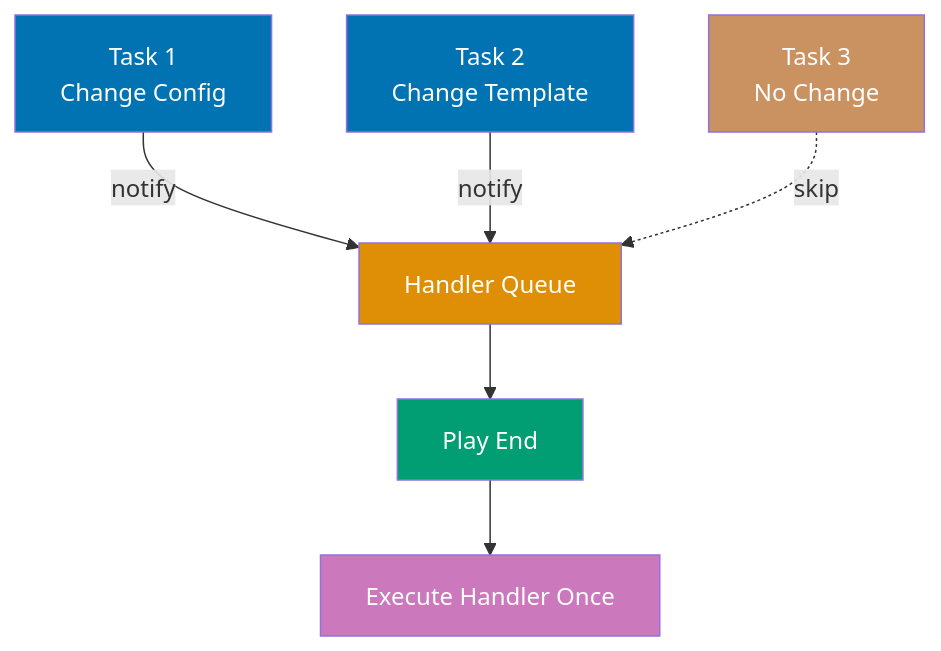
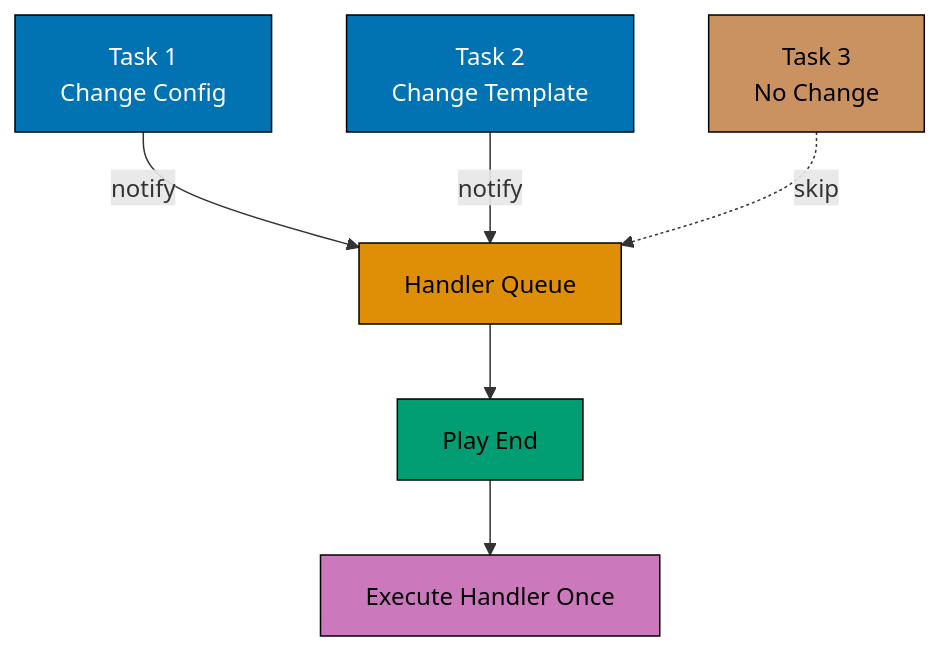
Before and after one commit to wahidyankf/ose-public: the fifth of 11 diagrams in apps/ayokoding-www/content/en/learn/legacy/software-engineering/infrastructure/tools/ansible/by-example/intermediate.md, drawn with Mermaid. The commit also changed other lines of this file and 131 other files, not shown here.

First line of the commit message:
fix(mermaid): bring the legacy data, infrastructure, and testing diagrams onto the accessible palette

````diff
--- a/apps/ayokoding-www/content/en/learn/legacy/software-engineering/infrastructure/tools/ansible/by-example/intermediate.md
+++ b/apps/ayokoding-www/content/en/learn/legacy/software-engineering/infrastructure/tools/ansible/by-example/intermediate.md
@@ -1083,16 +1109,24 @@
 ```mermaid
 %% Color Palette: Blue #0173B2, Orange #DE8F05, Teal #029E73, Purple #CC78BC, Brown #CA9161
 graph TD
+ accTitle: Example 34: Handler Basics
+ accDescr: Graph with 6 nodes and 5 connections. Nodes: Task 1 Change Config, Handler Queue, Task 2 Change Template, Task 3 No Change, Play End, Execute Handler Once. Connections: Task 1 Change Config to Handler Queue (notify), Task 2 Change Template to Handler Queue (notify), Task 3 No Change to Handler Queue (skip), Handler Queue to Play End, Play End to Execute Handler Once.
  A["Task 1<br/>Change Config"] -->|notify| B["Handler Queue"]
  C["Task 2<br/>Change Template"] -->|notify| B
  D["Task 3<br/>No Change"] -.->|skip| B
  B --> E["Play End"]
  E --> F["Execute Handler Once"]
 
- style A fill:#0173B2,color:#fff
- style C fill:#0173B2,color:#fff
- style D fill:#CA9161,color:#fff
- style B fill:#DE8F05,color:#fff
- style E fill:#029E73,color:#fff
- style F fill:#CC78BC,color:#fff
+ classDef pal-0173B2 fill:#0173B2,stroke:#000000,color:#FFFFFF
+ class A pal-0173B2
+ class C pal-0173B2
+ classDef pal-CA9161 fill:#CA9161,stroke:#000000,color:#000000
+ class D pal-CA9161
+ classDef pal-DE8F05 fill:#DE8F05,stroke:#000000,color:#000000
+ class B pal-DE8F05
+ classDef pal-029E73 fill:#029E73,stroke:#000000,color:#000000
+ class E pal-029E73
+ classDef pal-CC78BC fill:#CC78BC,stroke:#000000,color:#000000
+ class F pal-CC78BC
+ classDef default fill:#FFFFFF,stroke:#000000,color:#000000
 ```
````
